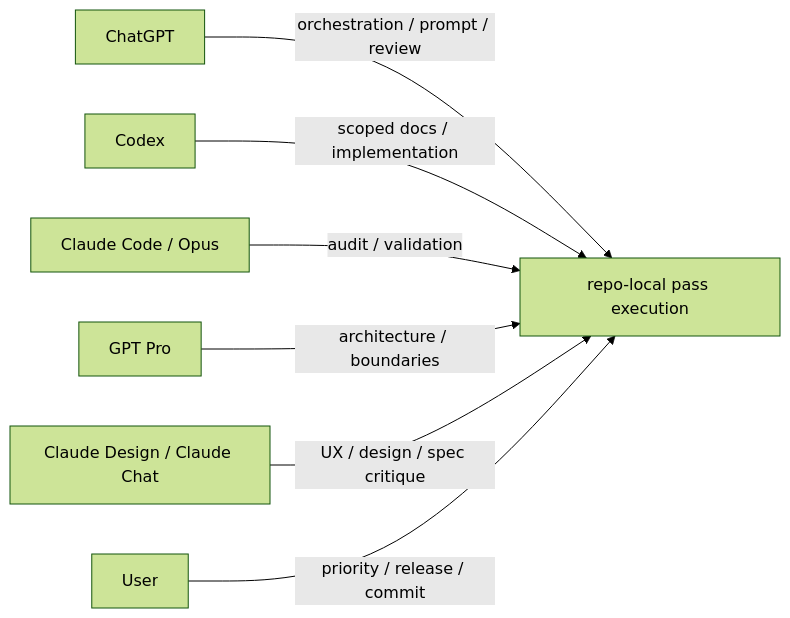
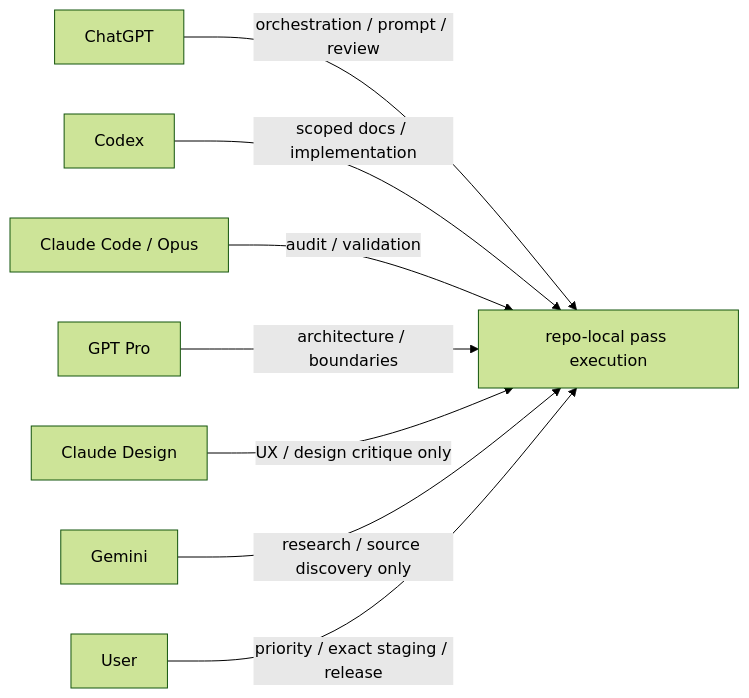
The diagram in docs/MODEL_ROUTING.md (Fuuduuu/TraceBench), drawn with Mermaid (forest theme) before and after one commit. The commit also changed other lines of this file and 7 other files, not shown here.

````diff
--- a/docs/MODEL_ROUTING.md
+++ b/docs/MODEL_ROUTING.md
@@ -57,16 +73,18 @@
 ```mermaid
 flowchart LR
   ChatGPT["ChatGPT"]
   Codex["Codex"]
   Claude["Claude Code / Opus"]
   GPTPro["GPT Pro"]
-  Design["Claude Design / Claude Chat"]
+  Design["Claude Design"]
+  Gemini["Gemini"]
   User["User"]
 
   ChatGPT -->|orchestration / prompt / review| Handoff["repo-local pass execution"]
   Codex -->|scoped docs / implementation| Handoff
   Claude -->|audit / validation| Handoff
   GPTPro -->|architecture / boundaries| Handoff
-  Design -->|UX / design / spec critique| Handoff
-  User -->|priority / release / commit| Handoff
+  Design -->|UX / design critique only| Handoff
+  Gemini -->|research / source discovery only| Handoff
+  User -->|priority / exact staging / release| Handoff
 ```
````
